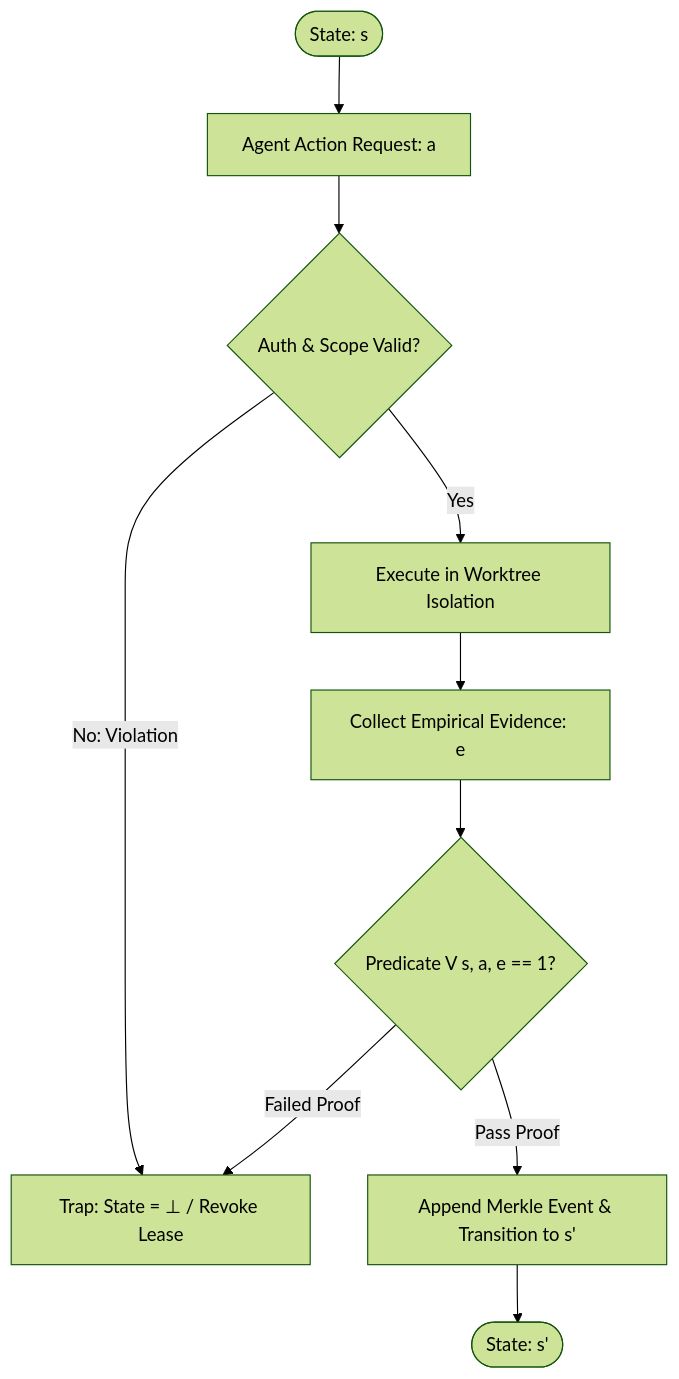
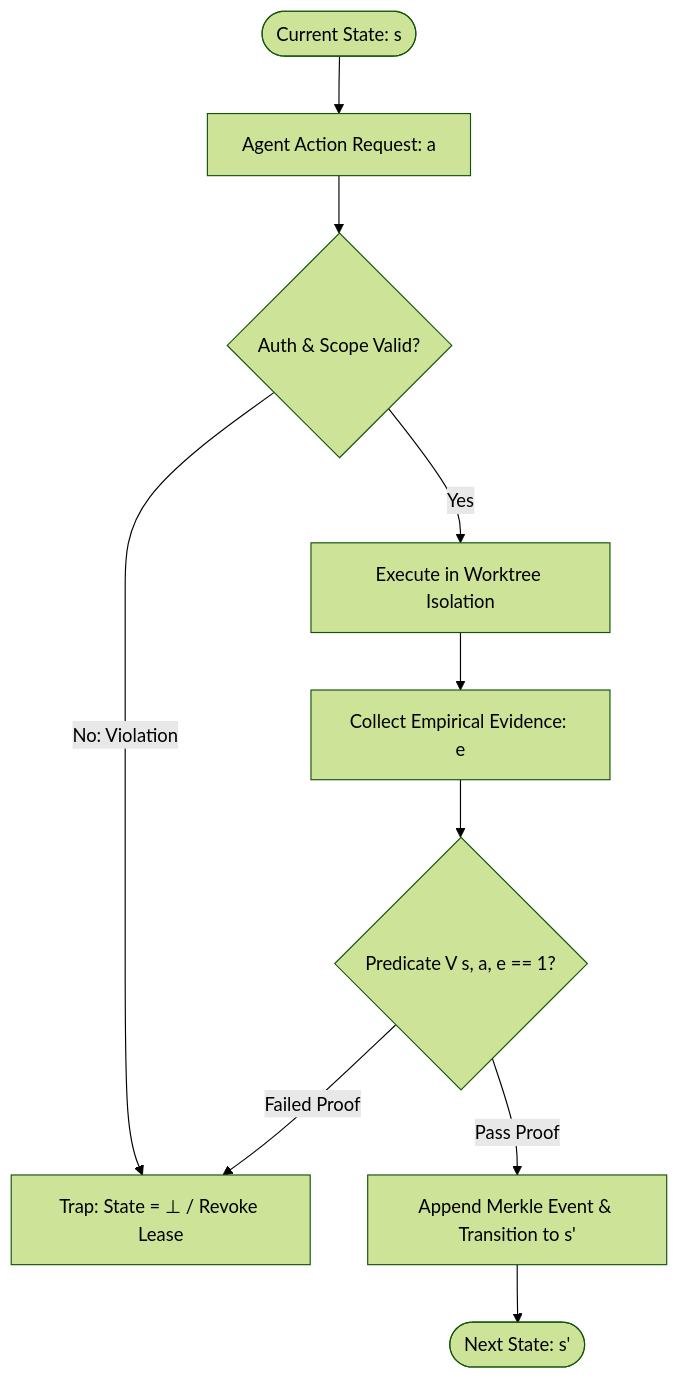
Before and after one commit to onurseckin/skills: the diagram in docs/olt/architecture/01-foundations/01-01-zero-assumption-philosophy.md, drawn with Mermaid (forest theme). The commit also changed other lines of this file and 163 other files, not shown here.

````diff
--- a/docs/olt/architecture/01-foundations/01-01-zero-assumption-philosophy.md
+++ b/docs/olt/architecture/01-foundations/01-01-zero-assumption-philosophy.md
@@ -96,12 +99,12 @@
 ```mermaid
 flowchart TD
-    InitState([State: s]) --> ActionReq[Agent Action Request: a]
+    InitState([Current State: s]) --> ActionReq[Agent Action Request: a]
     ActionReq --> AuthCheck{Auth & Scope Valid?}
     AuthCheck -->|No: Violation| TrapHalt[Trap: State = ⊥ / Revoke Lease]
     AuthCheck -->|Yes| ExecAction[Execute in Worktree Isolation]
     ExecAction --> GenEvidence[Collect Empirical Evidence: e]
     GenEvidence --> FalsifyPred{Predicate V s, a, e == 1?}
     FalsifyPred -->|Failed Proof| TrapHalt
     FalsifyPred -->|Pass Proof| CommitMerkle[Append Merkle Event & Transition to s']
-    CommitMerkle --> NextState([State: s'])
+    CommitMerkle --> NextState([Next State: s'])
 ```
````
